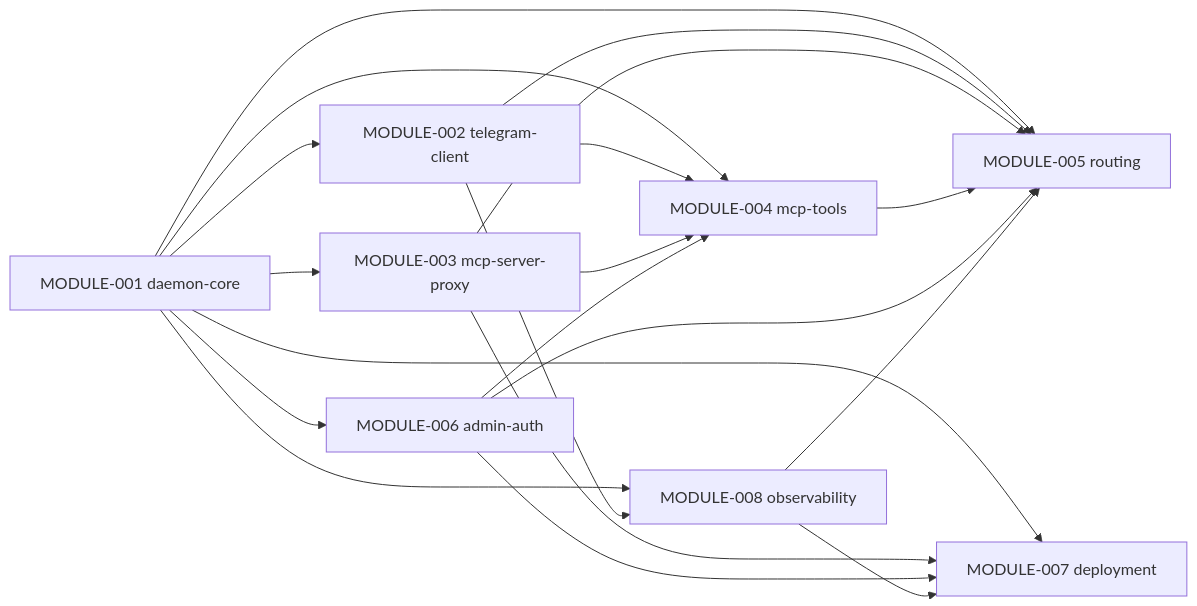
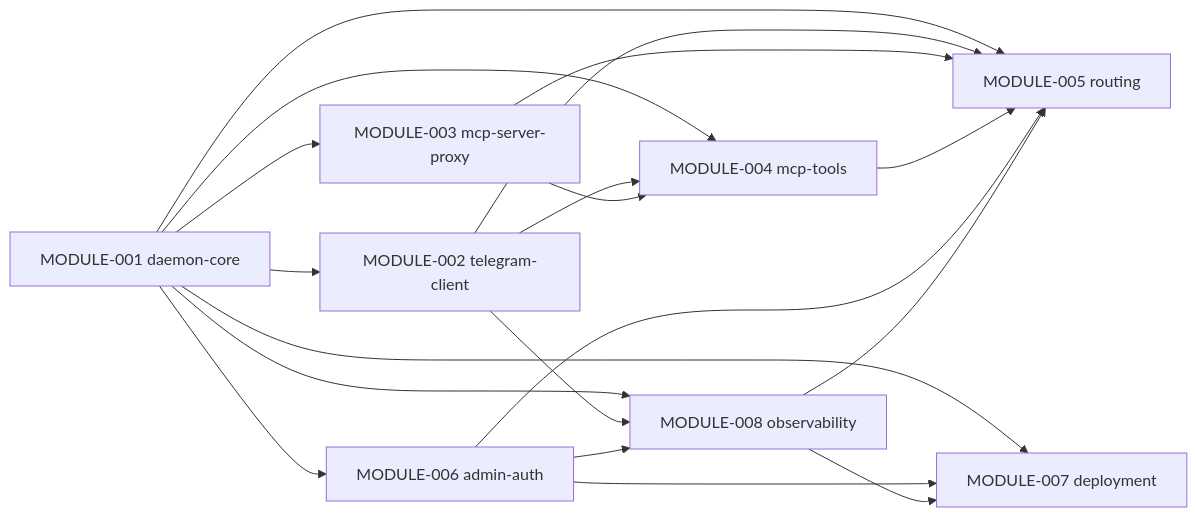
Before and after one commit to advancinggg/advance-kit: the first of 2 diagrams in docs/IMPLEMENTATION_ORDER.md, drawn with Mermaid. The commit also changed other lines of this file and 11 other files, not shown here.

````diff
--- a/docs/IMPLEMENTATION_ORDER.md
+++ b/docs/IMPLEMENTATION_ORDER.md
@@ -11,22 +12,21 @@
 ```mermaid
 graph LR
     M001[MODULE-001 daemon-core] --> M002[MODULE-002 telegram-client]
     M001 --> M003[MODULE-003 mcp-server-proxy]
     M001 --> M006[MODULE-006 admin-auth]
     M001 --> M004[MODULE-004 mcp-tools]
     M001 --> M005[MODULE-005 routing]
     M001 --> M007[MODULE-007 deployment]
     M001 --> M008[MODULE-008 observability]
     M002 --> M004
     M002 --> M005
     M002 --> M008
     M003 --> M004
     M003 --> M005
-    M003 --> M007
     M004 --> M005
-    M006 --> M004
     M006 --> M005
     M006 --> M007
+    M006 --> M008
     M008 --> M005
     M008 --> M007
 ```
````
